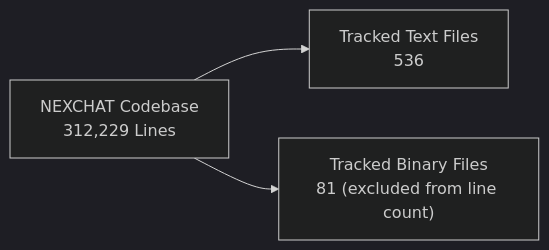
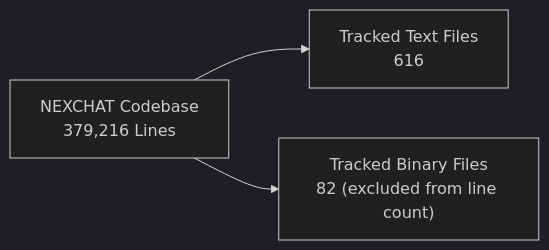
The second of 3 diagrams in count.md (alexhack235-code/NEXCHAT), drawn with Mermaid (dark theme) before and after one commit. The commit also changed other lines of this file and 3 other files, not shown here.

````diff
--- a/count.md
+++ b/count.md
@@ -78,5 +78,5 @@
 ```mermaid
 flowchart LR
-    ROOT["NEXCHAT Codebase<br/>312,229 Lines"] --> TEXT["Tracked Text Files<br/>536"]
-    ROOT --> BINARY["Tracked Binary Files<br/>81 (excluded from line count)"]
+    ROOT["NEXCHAT Codebase<br/>379,216 Lines"] --> TEXT["Tracked Text Files<br/>616"]
+    ROOT --> BINARY["Tracked Binary Files<br/>82 (excluded from line count)"]
 ```
````
